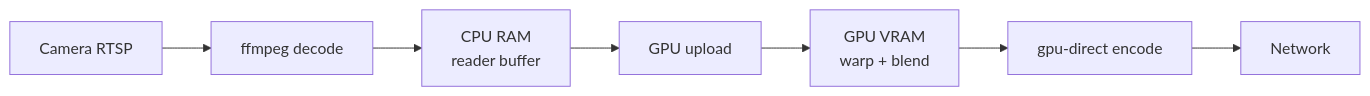
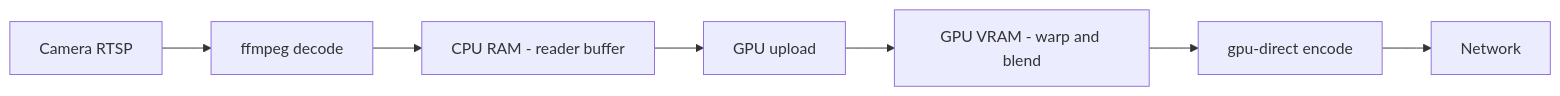
One commit to prk7048/Hogak_Stitching changed the fifth of 5 diagrams in reports/08_runtime_architecture_diagrams.md. Above: the diagram before and after it, drawn with Mermaid. The commit also changed other lines of this file, not shown here.

Commit message:
fix-mermaid-github-rendering

````diff
--- a/reports/08_runtime_architecture_diagrams.md
+++ b/reports/08_runtime_architecture_diagrams.md
@@ -180,9 +180,9 @@
 ```mermaid
 flowchart LR
-    A[Camera RTSP] --> B[ffmpeg decode]
-    B --> C[CPU RAM<br/>reader buffer]
-    C --> D[GPU upload]
-    D --> E[GPU VRAM<br/>warp + blend]
-    E --> F[gpu-direct encode]
-    F --> G[Network]
+    A["Camera RTSP"] --> B["ffmpeg decode"]
+    B --> C["CPU RAM - reader buffer"]
+    C --> D["GPU upload"]
+    D --> E["GPU VRAM - warp and blend"]
+    E --> F["gpu-direct encode"]
+    F --> G["Network"]
 ```
````
